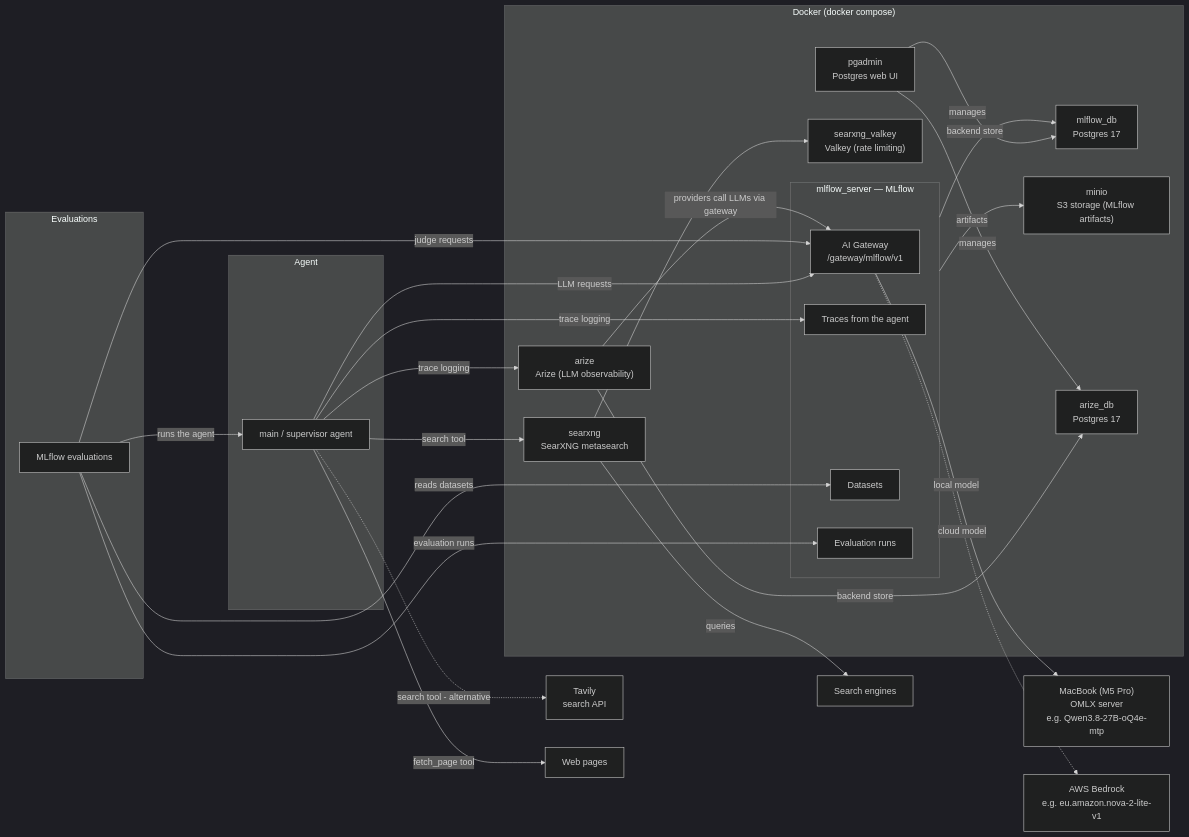
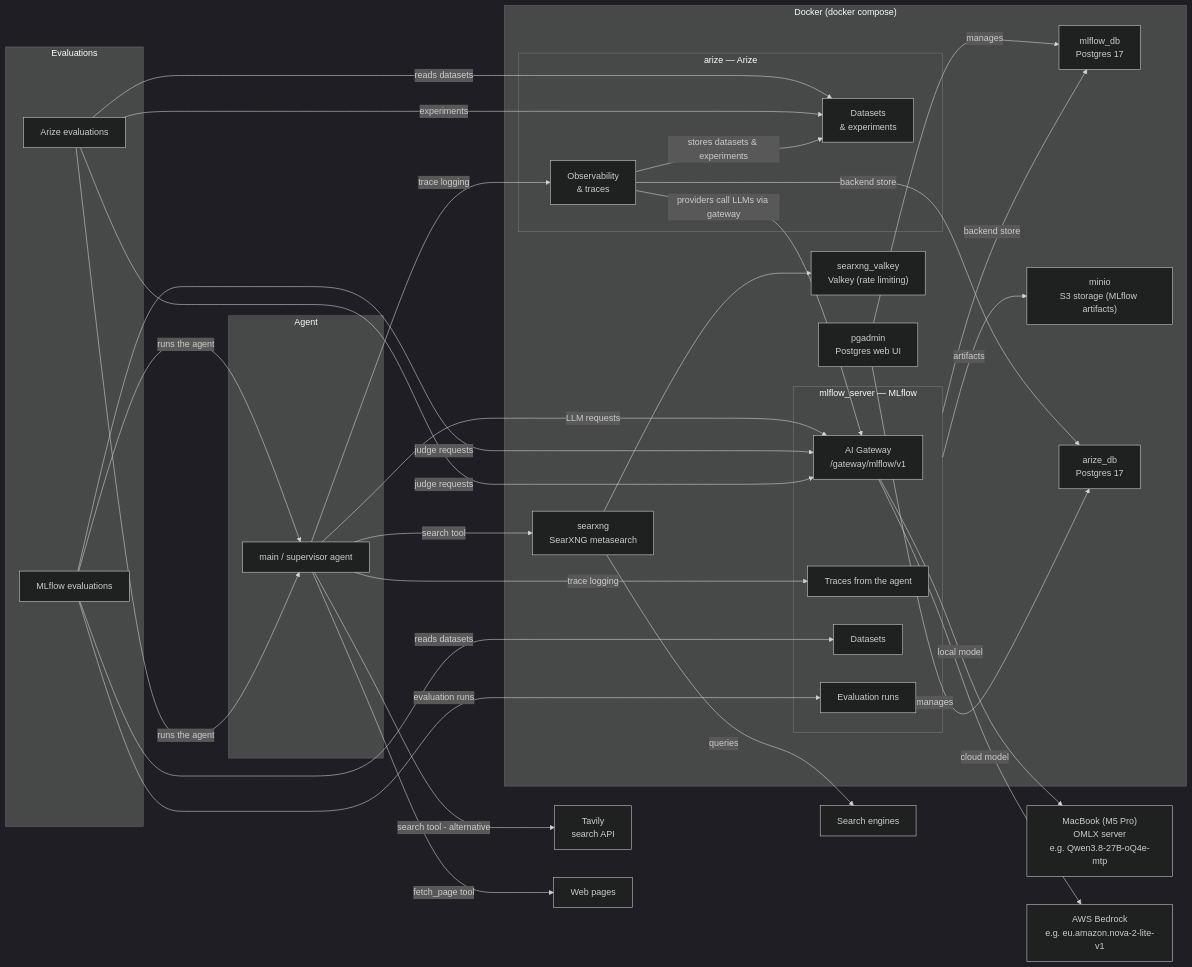
The first of 5 diagrams in design.md (codiply/tech-market-researcher), drawn with Mermaid (dark theme) before and after one commit. The commit also changed other lines of this file and 11 other files, not shown here.

First line of the commit message:
Add Arize platform to the evaluations CLI

````diff
--- a/design.md
+++ b/design.md
@@ -5,53 +5,62 @@
 ```mermaid
 flowchart LR
     subgraph agent["Agent"]
         main["main / supervisor agent"]
     end
 
     subgraph evals["Evaluations"]
         mlflow_evals["MLflow evaluations"]
+        arize_evals["Arize evaluations"]
     end
 
     subgraph docker["Docker (docker compose)"]
         subgraph mlflow_box["mlflow_server — MLflow"]
             gateway["AI Gateway<br/>/gateway/mlflow/v1"]
             traces["Traces from the agent"]
             datasets["Datasets"]
             eval_runs["Evaluation runs"]
         end
         mlflow_db["mlflow_db<br/>Postgres 17"]
         searxng["searxng<br/>SearXNG metasearch"]
         valkey["searxng_valkey<br/>Valkey (rate limiting)"]
         minio["minio<br/>S3 storage (MLflow artifacts)"]
         pgadmin["pgadmin<br/>Postgres web UI"]
-        arize["arize<br/>Arize (LLM observability)"]
+        subgraph arize_box["arize — Arize"]
+            arize["Observability<br/>& traces"]
+            arize_datasets["Datasets<br/>& experiments"]
+        end
         arize_db["arize_db<br/>Postgres 17"]
     end
 
     macbook["MacBook (M5 Pro)<br/>OMLX server<br/>e.g. Qwen3.8-27B-oQ4e-mtp"]
     aws["AWS Bedrock<br/>e.g. eu.amazon.nova-2-lite-v1"]
     tavily["Tavily<br/>search API"]
     engines["Search engines"]
     web["Web pages"]
 
     main -->|LLM requests| gateway
     main -->|trace logging| traces
     main -->|trace logging| arize
     main -->|search tool| searxng
-    main -.->|search tool - alternative| tavily
+    main -->|search tool - alternative| tavily
     main -->|fetch_page tool| web
     mlflow_evals -->|runs the agent| main
     mlflow_evals -->|judge requests| gateway
     mlflow_evals -->|reads datasets| datasets
     mlflow_evals -->|evaluation runs| eval_runs
+    arize_evals -->|runs the agent| main
+    arize_evals -->|judge requests| gateway
+    arize_evals -->|reads datasets| arize_datasets
+    arize_evals -->|experiments| arize_datasets
+    arize -->|stores datasets & experiments| arize_datasets
     arize -->|providers call LLMs via gateway| gateway
     gateway -->|local model| macbook
-    gateway -.->|cloud model| aws
+    gateway -->|cloud model| aws
     searxng -->|queries| engines
     searxng --> valkey
     mlflow_box -->|backend store| mlflow_db
     mlflow_box -->|artifacts| minio
     pgadmin -->|manages| mlflow_db
     arize -->|backend store| arize_db
     pgadmin -->|manages| arize_db
 ```
````
